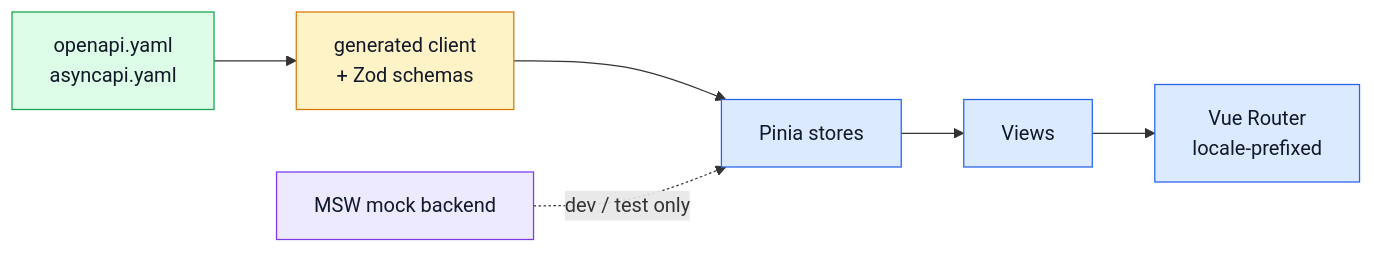
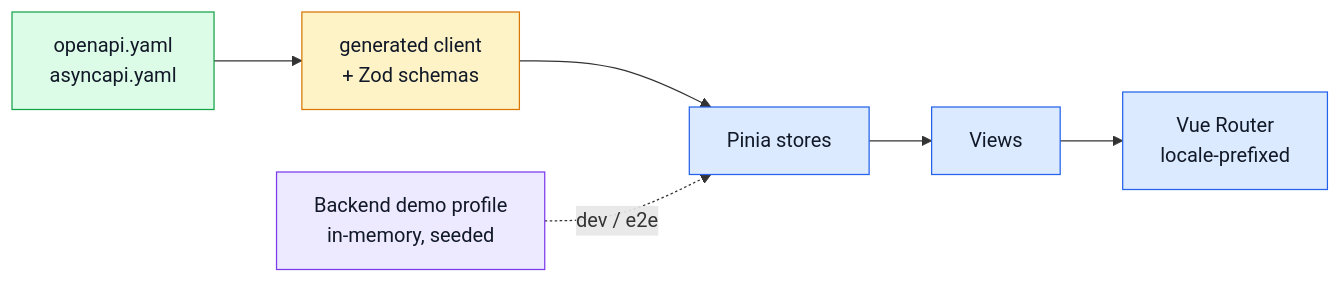
The diagram in README.md (Guebbit/boilerplate-vue-frontend), drawn with Mermaid before and after one commit. The commit also changed other lines of this file and 104 other files, not shown here.

````diff
--- a/README.md
+++ b/README.md
@@ -35,17 +39,17 @@
 ```mermaid
 flowchart LR
     SPEC["openapi.yaml<br/>asyncapi.yaml"] --> GEN["generated client<br/>+ Zod schemas"]
     GEN --> STORES["Pinia stores"]
     STORES --> VIEWS["Views"]
     VIEWS --> ROUTER["Vue Router<br/>locale-prefixed"]
-    MSW["MSW mock backend"] -.->|"dev / test only"| STORES
+    DEMO["Backend demo profile<br/>in-memory, seeded"] -.->|"dev / e2e"| STORES
 
     classDef spec fill:#dcfce7,stroke:#16a34a,color:#111827;
     classDef gen fill:#fef3c7,stroke:#d97706,color:#111827;
     classDef app fill:#dbeafe,stroke:#2563eb,color:#111827;
     classDef mock fill:#ede9fe,stroke:#7c3aed,color:#111827;
     class SPEC spec;
     class GEN gen;
     class STORES,VIEWS,ROUTER app;
-    class MSW mock;
+    class DEMO mock;
 ```
````
